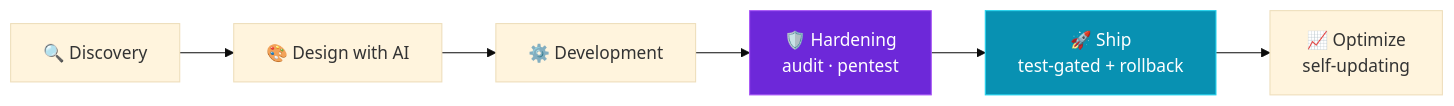
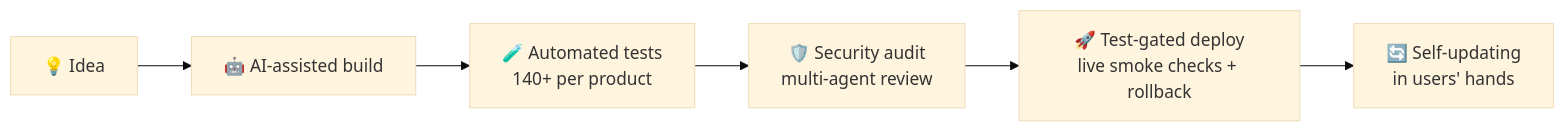
Before and after one commit to athulrajpalayi/athulrajpalayi: the diagram in README.md, drawn with Mermaid (base theme). The commit also changed other lines of this file, not shown here.

Commit message:
Revert to the previous profile design

````diff
--- a/README.md
+++ b/README.md
@@ -51,6 +27,4 @@
 ```mermaid
 flowchart LR
-    A["🔍 Discovery"] --> B["🎨 Design with AI"] --> C["⚙️ Development"] --> D["🛡️ Hardening<br/>audit · pentest"] --> E["🚀 Ship<br/>test-gated + rollback"] --> F["📈 Optimize<br/>self-updating"]
-    style D fill:#6d28d9,stroke:#a855f7,color:#fff
-    style E fill:#0891b2,stroke:#22d3ee,color:#fff
+    A["💡 Idea"] --> B["🤖 AI-assisted build"] --> C["🧪 Automated tests<br/>140+ per product"] --> D["🛡️ Security audit<br/>multi-agent review"] --> E["🚀 Test-gated deploy<br/>live smoke checks + rollback"] --> F["🔄 Self-updating<br/>in users' hands"]
 ```
````
